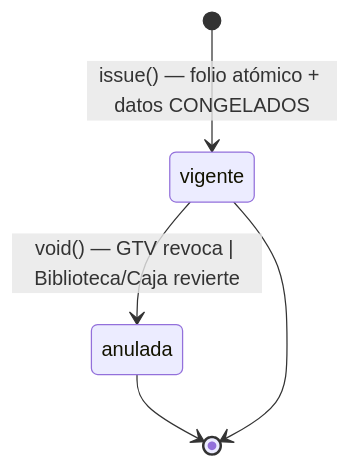
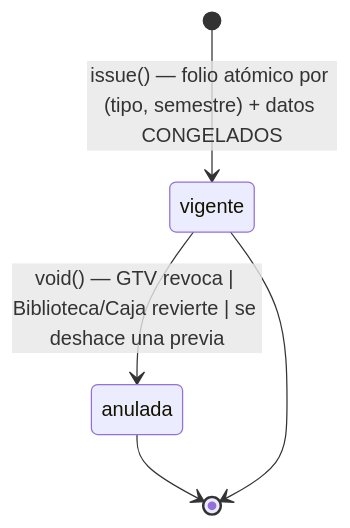
The seventh of 9 diagrams in itcj2/apps/titulatec/docs/flows/00_state_machine.md (Erne1357/itcj), drawn with Mermaid before and after one commit. The commit also changed other lines of this file and 7 other files, not shown here.

First line of the commit message:
docs(titulatec): folios por semestre e impresion oculta

````diff
--- a/itcj2/apps/titulatec/docs/flows/00_state_machine.md
+++ b/itcj2/apps/titulatec/docs/flows/00_state_machine.md
@@ -391,7 +404,7 @@
 ```mermaid
 stateDiagram-v2
-    [*] --> vigente: issue() — folio atómico + datos CONGELADOS
-    vigente --> anulada: void() — GTV revoca | Biblioteca/Caja revierte
+    [*] --> vigente: issue() — folio atómico por (tipo, semestre) + datos CONGELADOS
+    vigente --> anulada: void() — GTV revoca | Biblioteca/Caja revierte | se deshace una previa
     anulada --> [*]
     vigente --> [*]
 ```
````
